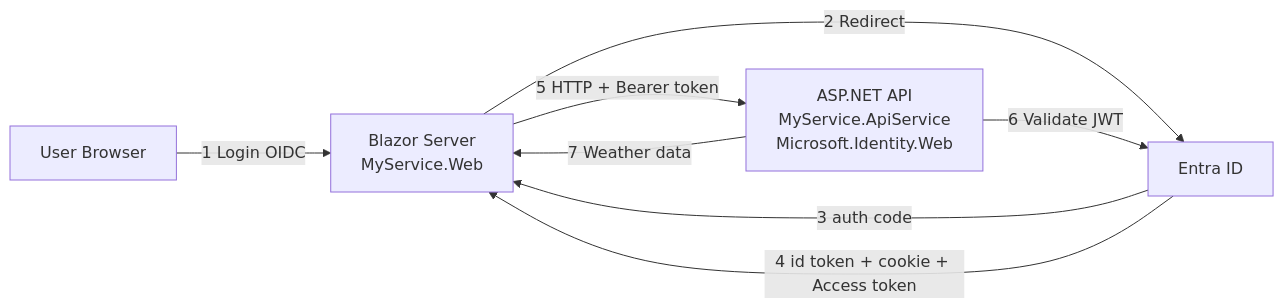
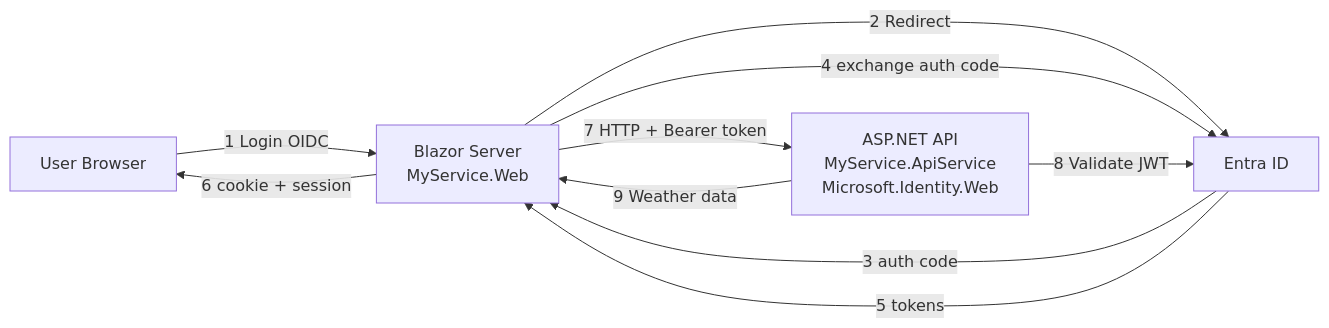
The diagram in docs/frameworks/aspire.md (AzureAD/microsoft-identity-web), drawn with Mermaid before and after one commit. The commit also changed other lines of this file and 5 other files, not shown here.

````diff
--- a/docs/frameworks/aspire.md
+++ b/docs/frameworks/aspire.md
@@ -134,10 +313,12 @@
 ```mermaid
 flowchart LR
   A[User Browser] -->|1 Login OIDC| B[Blazor Server<br/>MyService.Web]
   B -->|2 Redirect| C[Entra ID]
   C -->|3 auth code| B
-  C -->|4 id token + cookie + Access token| B
-  B -->|5 HTTP + Bearer token| D[ASP.NET API<br/>MyService.ApiService<br/>Microsoft.Identity.Web]
-  D -->|6 Validate JWT| C
-  D -->|7 Weather data| B
+  B -->|4 exchange auth code| C
+  C -->|5 tokens| B
+  B -->|6 cookie + session| A
+  B -->|7 HTTP + Bearer token| D[ASP.NET API<br/>MyService.ApiService<br/>Microsoft.Identity.Web]
+  D -->|8 Validate JWT| C
+  D -->|9 Weather data| B
 ```
````
